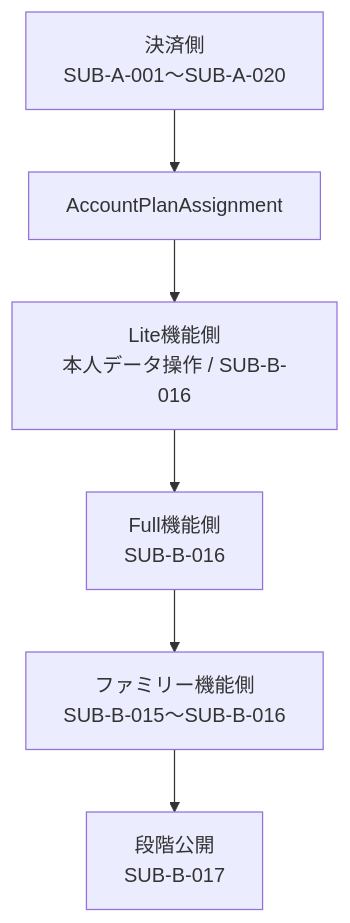
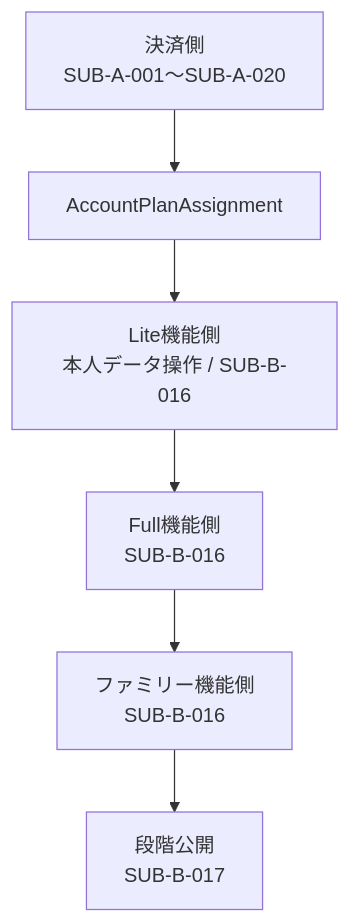
Before and after one commit to kkyosuke/me-builder: the third of 3 diagrams in docs/development/subscription-remaining-tasks.md, drawn with Mermaid. The commit also changed other lines of this file and 16 other files, not shown here.

````diff
--- a/docs/development/subscription-remaining-tasks.md
+++ b/docs/development/subscription-remaining-tasks.md
@@ -99,8 +99,8 @@
 ```mermaid
 flowchart TD
     A[決済側<br/>SUB-A-001〜SUB-A-020] --> I[AccountPlanAssignment]
     I --> L[Lite機能側<br/>本人データ操作 / SUB-B-016]
     L --> U[Full機能側<br/>SUB-B-016]
-    U --> F[ファミリー機能側<br/>SUB-B-015〜SUB-B-016]
+    U --> F[ファミリー機能側<br/>SUB-B-016]
     F --> R[段階公開<br/>SUB-B-017]
 ```
````
